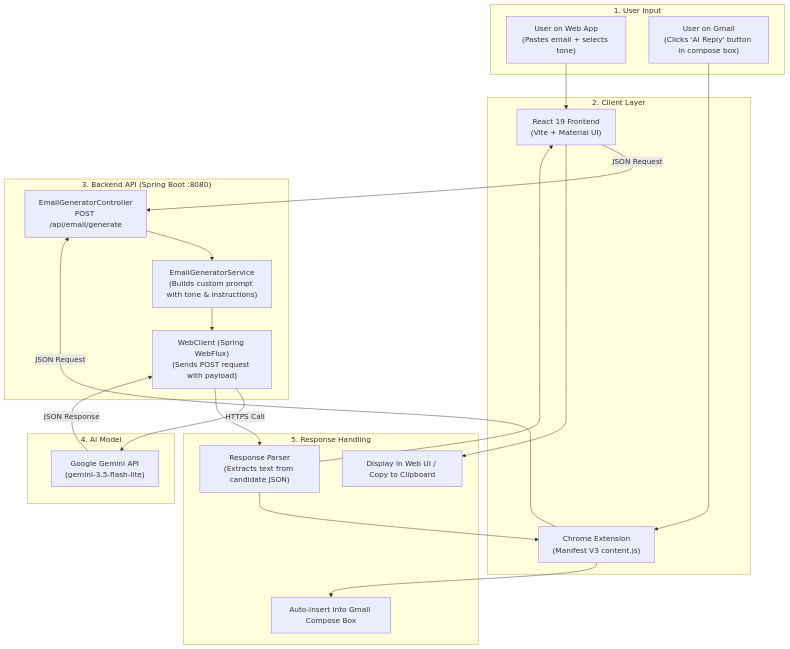
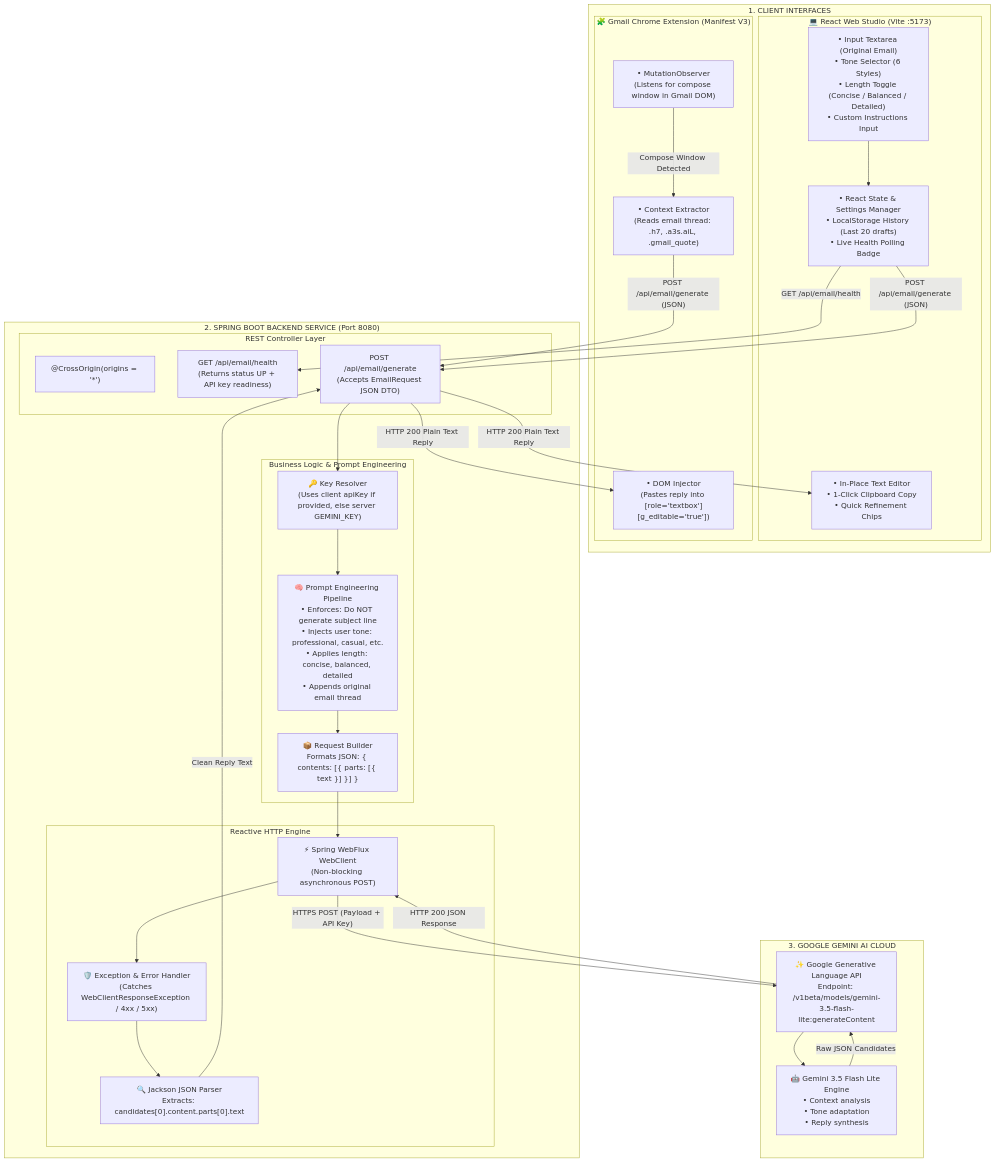
Before and after one commit to SHARATH204-MAX/Email-Assistant: the first of 2 diagrams in README.md, drawn with Mermaid. The commit also changed other lines of this file, not shown here.

Commit message:
docs: expand architecture diagram with comprehensive block workflow and sequence flow

````diff
--- a/README.md
+++ b/README.md
@@ -15,42 +15,69 @@
 ```mermaid
-flowchart TD
-    subgraph Step1 ["1. User Input"]
-        A["User on Web App<br/>(Pastes email + selects tone)"]
-        B["User on Gmail<br/>(Clicks 'AI Reply' button in compose box)"]
+flowchart TB
+    %% Client Interfaces
+    subgraph Clients ["1. CLIENT INTERFACES"]
+        subgraph WebStudio ["💻 React Web Studio (Vite :5173)"]
+            UI_Input["• Input Textarea (Original Email)<br/>• Tone Selector (6 Styles)<br/>• Length Toggle (Concise / Balanced / Detailed)<br/>• Custom Instructions Input"]
+            UI_State["• React State & Settings Manager<br/>• LocalStorage History (Last 20 drafts)<br/>• Live Health Polling Badge"]
+            UI_Actions["• In-Place Text Editor<br/>• 1-Click Clipboard Copy<br/>• Quick Refinement Chips"]
+        end
+
+        subgraph Extension ["🧩 Gmail Chrome Extension (Manifest V3)"]
+            Ext_Observer["• MutationObserver<br/>(Listens for compose window in Gmail DOM)"]
+            Ext_Extract["• Context Extractor<br/>(Reads email thread: .h7, .a3s.aiL, .gmail_quote)"]
+            Ext_Inject["• DOM Injector<br/>(Pastes reply into [role='textbox'][g_editable='true'])"]
+        end
     end
 
-    subgraph Step2 ["2. Client Layer"]
-        C["React 19 Frontend<br/>(Vite + Material UI)"]
-        D["Chrome Extension<br/>(Manifest V3 content.js)"]
+    %% Spring Boot Backend Service
+    subgraph Backend ["2. SPRING BOOT BACKEND SERVICE (Port 8080)"]
+        subgraph APIGateway ["REST Controller Layer"]
+            CORS["@CrossOrigin(origins = '*')"]
+            HealthEP["GET /api/email/health<br/>(Returns status UP + API key readiness)"]
+            GenEP["POST /api/email/generate<br/>(Accepts EmailRequest JSON DTO)"]
+        end
+
+        subgraph CoreService ["Business Logic & Prompt Engineering"]
+            KeyResolver["🔑 Key Resolver<br/>(Uses client apiKey if provided, else server GEMINI_KEY)"]
+            PromptPipeline["🧠 Prompt Engineering Pipeline<br/>• Enforces: Do NOT generate subject line<br/>• Injects user tone: professional, casual, etc.<br/>• Applies length: concise, balanced, detailed<br/>• Appends original email thread"]
+            PayloadBuilder["📦 Request Builder<br/>Formats JSON: { contents: [{ parts: [{ text }] }] }"]
+        end
+
+        subgraph ReactiveClient ["Reactive HTTP Engine"]
+            WebClient["⚡ Spring WebFlux WebClient<br/>(Non-blocking asynchronous POST)"]
+            ErrorHandler["🛡️ Exception & Error Handler<br/>(Catches WebClientResponseException / 4xx / 5xx)"]
+            Parser["🔍 Jackson JSON Parser<br/>Extracts: candidates[0].content.parts[0].text"]
+        end
     end
 
-    subgraph Step3 ["3. Backend API (Spring Boot :8080)"]
-        E["EmailGeneratorController<br/>POST /api/email/generate"]
-        F["EmailGeneratorService<br/>(Builds custom prompt with tone & instructions)"]
-        G["WebClient (Spring WebFlux)<br/>(Sends POST request with payload)"]
+    %% External Google Gemini AI Cloud
+    subgraph CloudAI ["3. GOOGLE GEMINI AI CLOUD"]
+        GeminiAPI["✨ Google Generative Language API<br/>Endpoint: /v1beta/models/gemini-3.5-flash-lite:generateContent"]
+        LLMEngine["🤖 Gemini 3.5 Flash Lite Engine<br/>• Context analysis<br/>• Tone adaptation<br/>• Reply synthesis"]
     end
 
-    subgraph Step4 ["4. AI Model"]
-        H["Google Gemini API<br/>(gemini-3.5-flash-lite)"]
-    end
+    %% Connections and Data Flow
+    UI_Input --> UI_State
+    UI_State -->|"POST /api/email/generate (JSON)"| GenEP
+    UI_State -->|"GET /api/email/health"| HealthEP
+    
+    Ext_Observer -->|"Compose Window Detected"| Ext_Extract
+    Ext_Extract -->|"POST /api/email/generate (JSON)"| GenEP
 
-    subgraph Step5 ["5. Response Handling"]
-        I["Response Parser<br/>(Extracts text from candidate JSON)"]
-        J["Display in Web UI / Copy to Clipboard"]
-        K["Auto-insert into Gmail Compose Box"]
-    end
+    GenEP --> KeyResolver
+    KeyResolver --> PromptPipeline
+    PromptPipeline --> PayloadBuilder
+    PayloadBuilder --> WebClient
 
-    A --> C
-    B --> D
-    C -->|"JSON Request"| E
-    D -->|"JSON Request"| E
-    E --> F
-    F --> G
-    G -->|"HTTPS Call"| H
-    H -->|"JSON Response"| G
-    G --> I
-    I --> C
-    I --> D
-    C --> J
-    D --> K
+    WebClient -->|"HTTPS POST (Payload + API Key)"| GeminiAPI
+    GeminiAPI --> LLMEngine
+    LLMEngine -->|"Raw JSON Candidates"| GeminiAPI
+    GeminiAPI -->|"HTTP 200 JSON Response"| WebClient
+
+    WebClient --> ErrorHandler
+    ErrorHandler --> Parser
+    Parser -->|"Clean Reply Text"| GenEP
+    
+    GenEP -->|"HTTP 200 Plain Text Reply"| UI_Actions
+    GenEP -->|"HTTP 200 Plain Text Reply"| Ext_Inject
 ```
````
